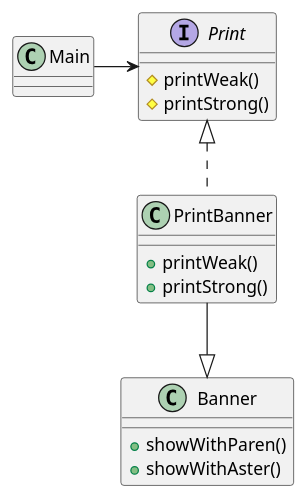
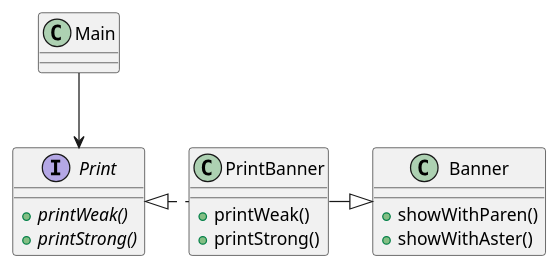
Before and after one commit to jsyang-dev/study-designpattern: the diagram in src/me/study/pattern/adapter/AdapterExample1.puml, drawn with PlantUML. The commit also changed 7 other files, not shown here.

First line of the commit message:
기능: 클래스 다이어그램 수정

```diff
--- a/src/me/study/pattern/adapter/AdapterExample1.puml
+++ b/src/me/study/pattern/adapter/AdapterExample1.puml
@@ -1,22 +1,22 @@
 @startuml
 
 class Main {
 }
 interface Print {
-    #printWeak()
-    #printStrong()
+    +{abstract} printWeak()
+    +{abstract} printStrong()
 }
 class PrintBanner {
     +printWeak()
     +printStrong()
 }
 class Banner {
     +showWithParen()
     +showWithAster()
 }
 
-Main -> Print
-Print <|.. PrintBanner
-PrintBanner --|> Banner
+Main --> Print
+Print <|. PrintBanner
+PrintBanner -|> Banner
 
 @enduml
```
